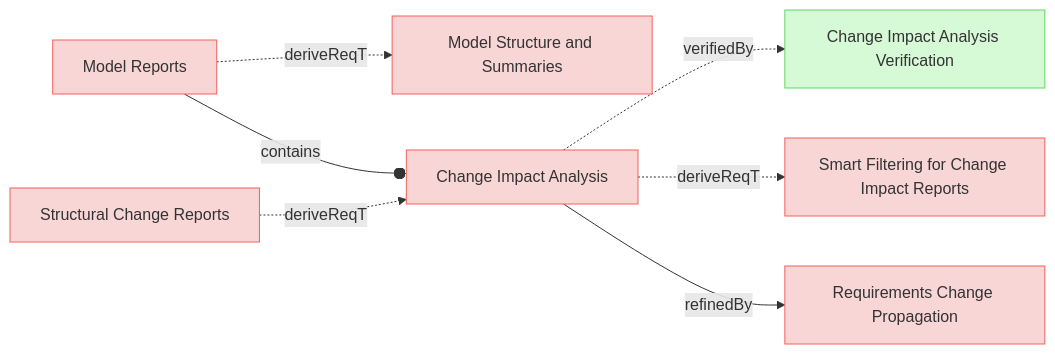
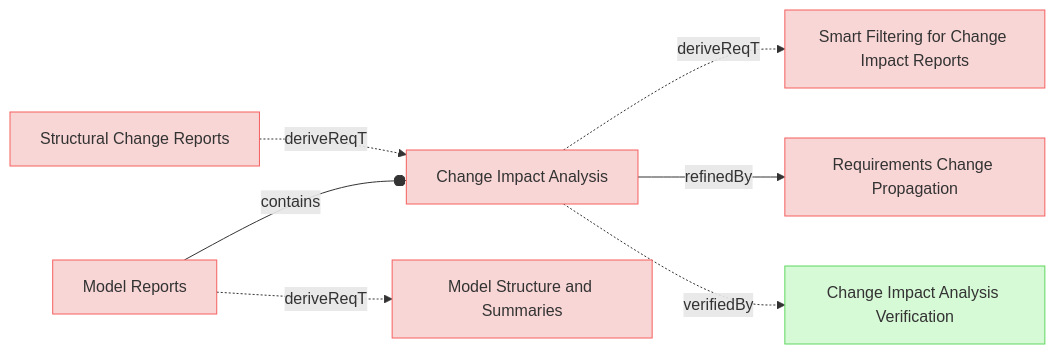
The eighth of 9 diagrams in specifications/UserRequirements.md (reqvire-org/reqvire), drawn with Mermaid before and after one commit. The commit also changed other lines of this file and 15 other files, not shown here.

First line of the commit message:
docs: Update auto-generated diagrams with new requirement traceability

````diff
--- a/specifications/UserRequirements.md
+++ b/specifications/UserRequirements.md
@@ -790,36 +804,37 @@
 ```mermaid
 graph LR;
+  %% REQVIRE-AUTOGENERATED-DIAGRAM
   %% Graph styling
   classDef requirement fill:#f9d6d6,stroke:#f55f5f,stroke-width:1px;
   classDef verification fill:#d6f9d6,stroke:#5fd75f,stroke-width:1px;
   classDef externalLink fill:#d0e0ff,stroke:#3080ff,stroke-width:1px;
   classDef default fill:#f5f5f5,stroke:#333333,stroke-width:1px;
 
   9933cac5853a8584["Change Impact Analysis"];
   class 9933cac5853a8584 requirement;
   click 9933cac5853a8584 "UserRequirements.md#change-impact-analysis";
-  b72d56e7e360fe6c["Change Impact Analysis Verification"];
-  class b72d56e7e360fe6c verification;
-  click b72d56e7e360fe6c "Verifications/ChangeImpactTests.md#change-impact-analysis-verification";
-  9933cac5853a8584 -.->|verifiedBy| b72d56e7e360fe6c;
   ced028f36159c967["Smart Filtering for Change Impact Reports"];
   class ced028f36159c967 requirement;
   click ced028f36159c967 "SystemRequirements/ChangeImpactPropagation.md#smart-filtering-for-change-impact-reports";
   9933cac5853a8584 -.->|deriveReqT| ced028f36159c967;
   2054606d7574a553["Requirements Change Propagation"];
   class 2054606d7574a553 requirement;
   click 2054606d7574a553 "SpecificationsRequirements.md#requirements-change-propagation";
   9933cac5853a8584 -->|refinedBy| 2054606d7574a553;
+  b72d56e7e360fe6c["Change Impact Analysis Verification"];
+  class b72d56e7e360fe6c verification;
+  click b72d56e7e360fe6c "Verifications/ChangeImpactTests.md#change-impact-analysis-verification";
+  9933cac5853a8584 -.->|verifiedBy| b72d56e7e360fe6c;
   70701096d332c0b2["Model Reports"];
   class 70701096d332c0b2 requirement;
   click 70701096d332c0b2 "UserRequirements.md#model-reports";
+  70701096d332c0b2 --o|contains| 9933cac5853a8584;
   ad6f7a2d41d80a38["Model Structure and Summaries"];
   class ad6f7a2d41d80a38 requirement;
   click ad6f7a2d41d80a38 "UserRequirements.md#model-structure-and-summaries";
   70701096d332c0b2 -.->|deriveReqT| ad6f7a2d41d80a38;
-  70701096d332c0b2 --o|contains| 9933cac5853a8584;
   1908501a80db5c46["Structural Change Reports"];
   class 1908501a80db5c46 requirement;
   click 1908501a80db5c46 "UserRequirements.md#structural-change-reports";
   1908501a80db5c46 -.->|deriveReqT| 9933cac5853a8584;
 ```
````
